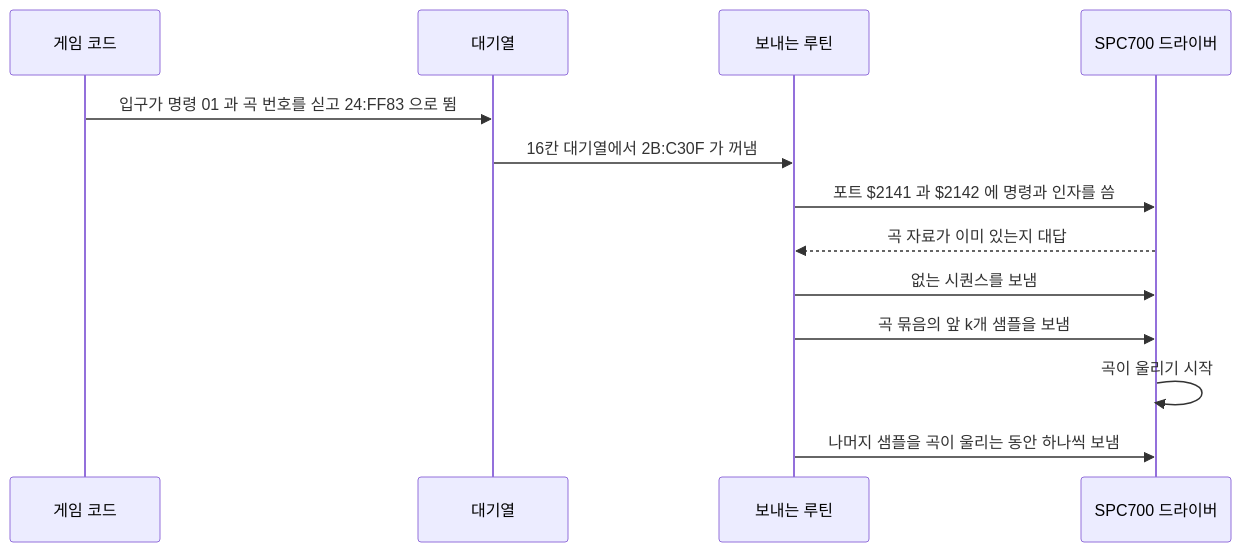
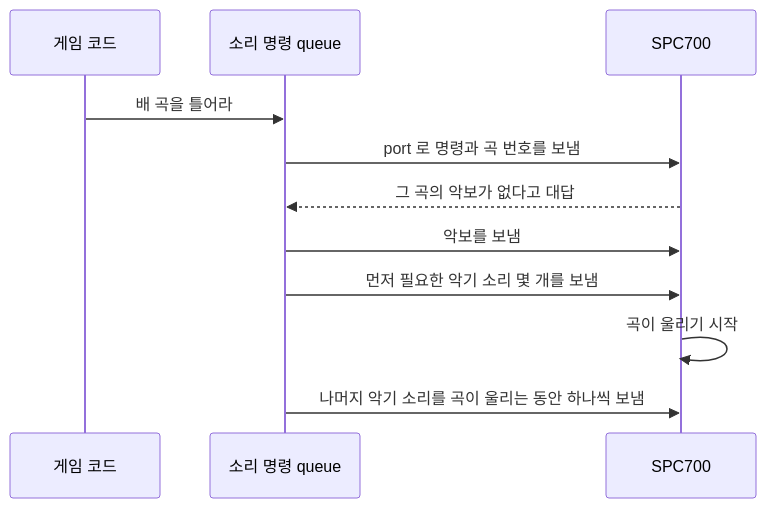
The diagram in src/pages/games/romhacking/journal/dq4/dq5-graphics-sound.md (perfectacle/perfectacle.github.io), drawn with Mermaid before and after one commit. The commit also changed other lines of this file and 13 other files, not shown here.

````diff
--- a/src/pages/games/romhacking/journal/dq4/dq5-graphics-sound.md
+++ b/src/pages/games/romhacking/journal/dq4/dq5-graphics-sound.md
@@ -285,15 +207,13 @@
 ```mermaid
 sequenceDiagram
   participant G as 게임 코드
-  participant Q as 대기열
-  participant S as 보내는 루틴
-  participant P as SPC700 드라이버
-  G->>Q: 입구가 명령 01 과 곡 번호를 싣고 24:FF83 으로 뜀
-  Q->>S: 16칸 대기열에서 2B:C30F 가 꺼냄
-  S->>P: 포트 $2141 과 $2142 에 명령과 인자를 씀
-  P-->>S: 곡 자료가 이미 있는지 대답
-  S->>P: 없는 시퀀스를 보냄
-  S->>P: 곡 묶음의 앞 k개 샘플을 보냄
+  participant Q as 소리 명령 queue
+  participant P as SPC700
+  G->>Q: 배 곡을 틀어라
+  Q->>P: port 로 명령과 곡 번호를 보냄
+  P-->>Q: 그 곡의 악보가 없다고 대답
+  Q->>P: 악보를 보냄
+  Q->>P: 먼저 필요한 악기 소리 몇 개를 보냄
   P->>P: 곡이 울리기 시작
-  S->>P: 나머지 샘플을 곡이 울리는 동안 하나씩 보냄
+  Q->>P: 나머지 악기 소리를 곡이 울리는 동안 하나씩 보냄
 ```
````
